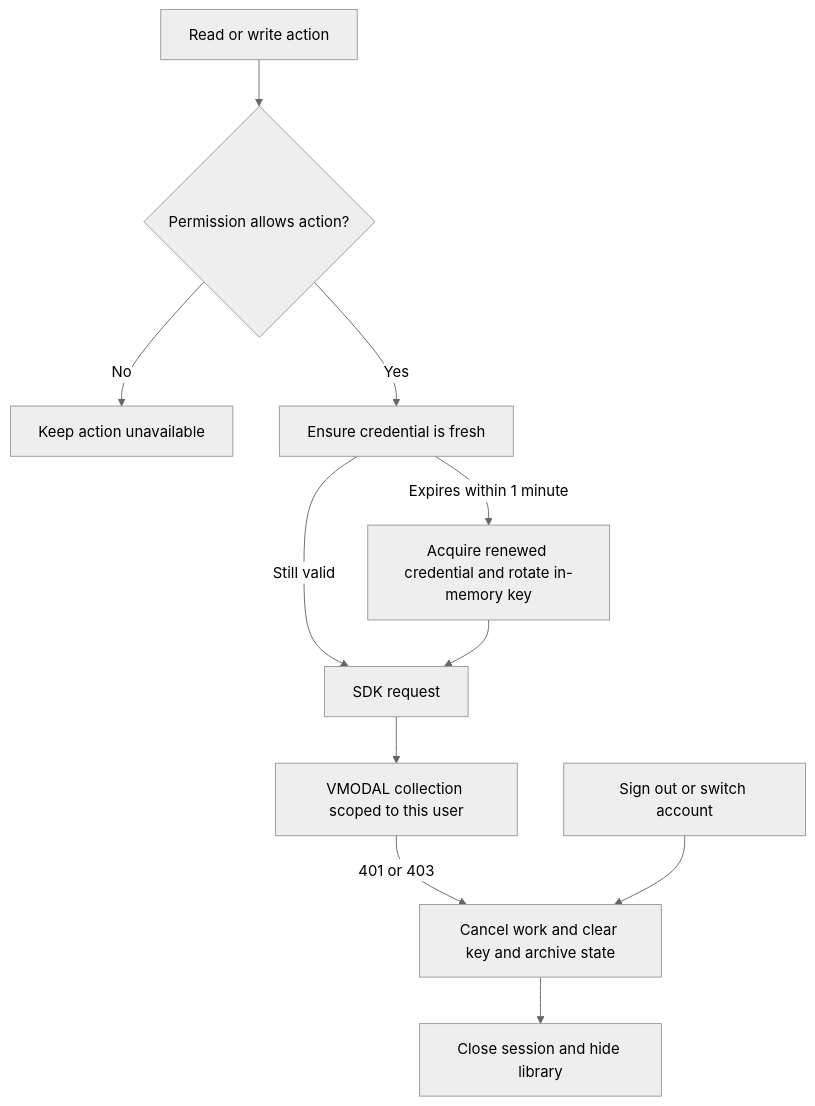
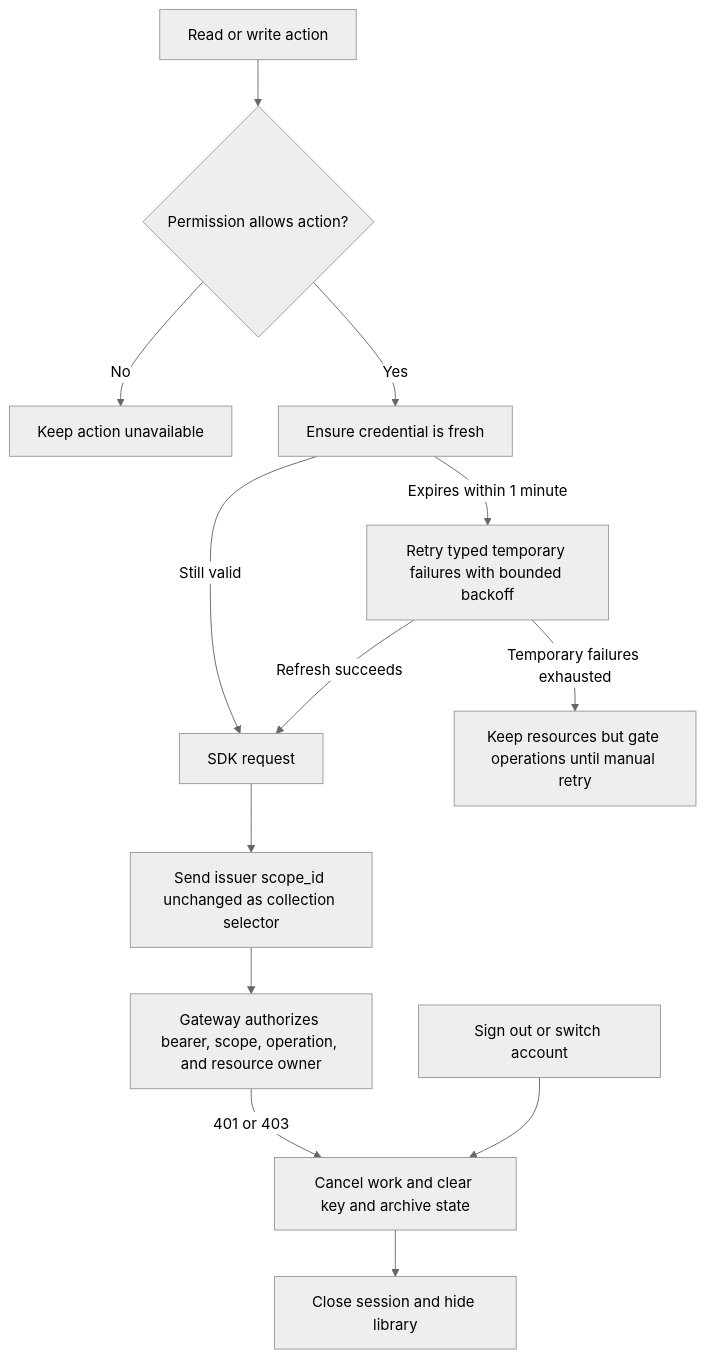
Before and after one commit to v-modal/vmodal_sdk_flutter: the second of 3 diagrams in example/05_framebase_userlogin/README.md, drawn with Mermaid (neutral theme). The commit also changed other lines of this file and 39 other files, not shown here.

````diff
--- a/example/05_framebase_userlogin/README.md
+++ b/example/05_framebase_userlogin/README.md
@@ -57,13 +61,15 @@
 ```mermaid
 flowchart TD
     A[Read or write action] --> B{Permission allows action?}
     B -- No --> C[Keep action unavailable]
     B -- Yes --> D[Ensure credential is fresh]
-    D -->|Expires within 1 minute| E[Acquire renewed credential and rotate in-memory key]
+    D -->|Expires within 1 minute| E[Retry typed temporary failures with bounded backoff]
     D -->|Still valid| F[SDK request]
-    E --> F
-    F --> G[VMODAL collection scoped to this user]
-    G -->|401 or 403| H[Cancel work and clear key and archive state]
-    I[Sign out or switch account] --> H
-    H --> J[Close session and hide library]
+    E -->|Refresh succeeds| F
+    E -->|Temporary failures exhausted| L[Keep resources but gate operations until manual retry]
+    F --> G[Send issuer scope_id unchanged as collection selector]
+    G --> H[Gateway authorizes bearer, scope, operation, and resource owner]
+    H -->|401 or 403| I[Cancel work and clear key and archive state]
+    J[Sign out or switch account] --> I
+    I --> K[Close session and hide library]
 ```
````
